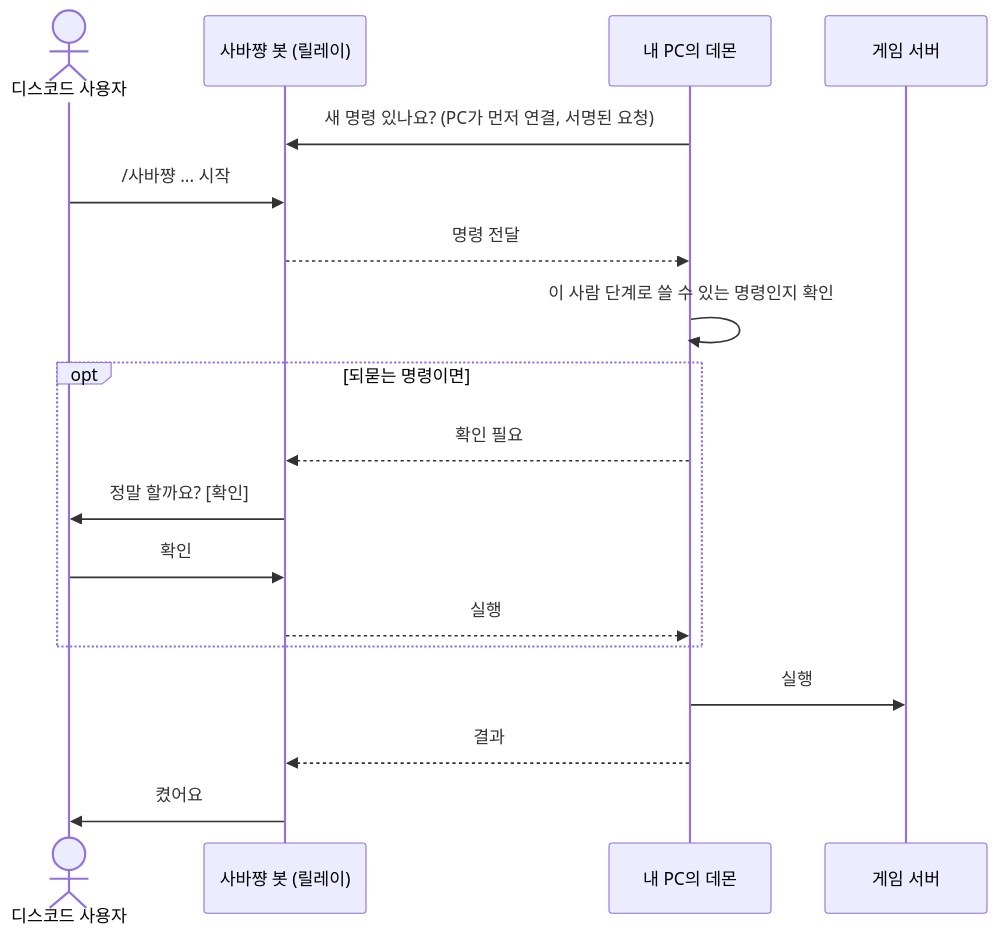
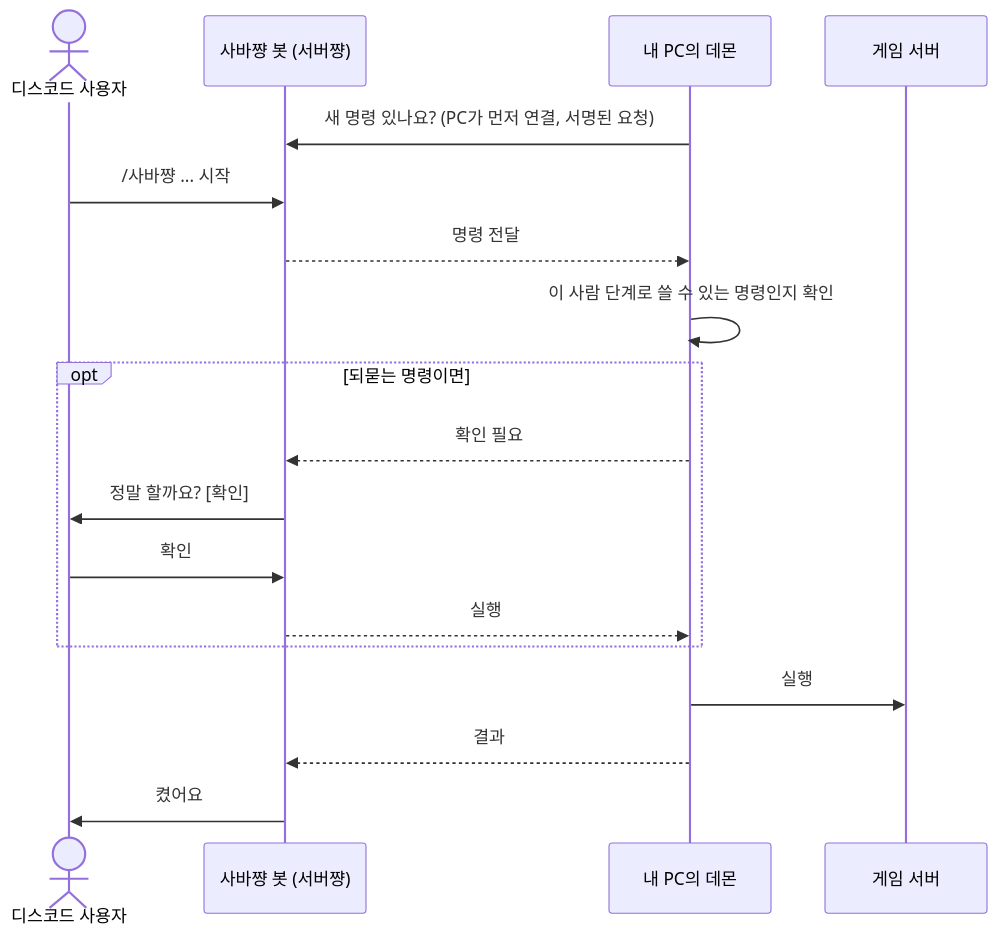
Before and after one commit to WareAoba/saba-chan: the diagram in README.md, drawn with Mermaid. The commit also changed other lines of this file and 12 other files, not shown here.

````diff
--- a/README.md
+++ b/README.md
@@ -109,20 +109,20 @@
 ```mermaid
 sequenceDiagram
     actor 친구 as 디스코드 사용자
-    participant 봇 as 사바쨩 봇 (릴레이)
+    participant 봇 as 사바쨩 봇 (서버쨩)
     participant 데몬 as 내 PC의 데몬
     participant 서버 as 게임 서버
     데몬->>봇: 새 명령 있나요? (PC가 먼저 연결, 서명된 요청)
     친구->>봇: /사바쨩 ... 시작
     봇-->>데몬: 명령 전달
     데몬->>데몬: 이 사람 단계로 쓸 수 있는 명령인지 확인
     opt 되묻는 명령이면
         데몬-->>봇: 확인 필요
         봇->>친구: 정말 할까요? [확인]
         친구->>봇: 확인
         봇-->>데몬: 실행
     end
     데몬->>서버: 실행
     데몬-->>봇: 결과
     봇->>친구: 켰어요
 ```
````
